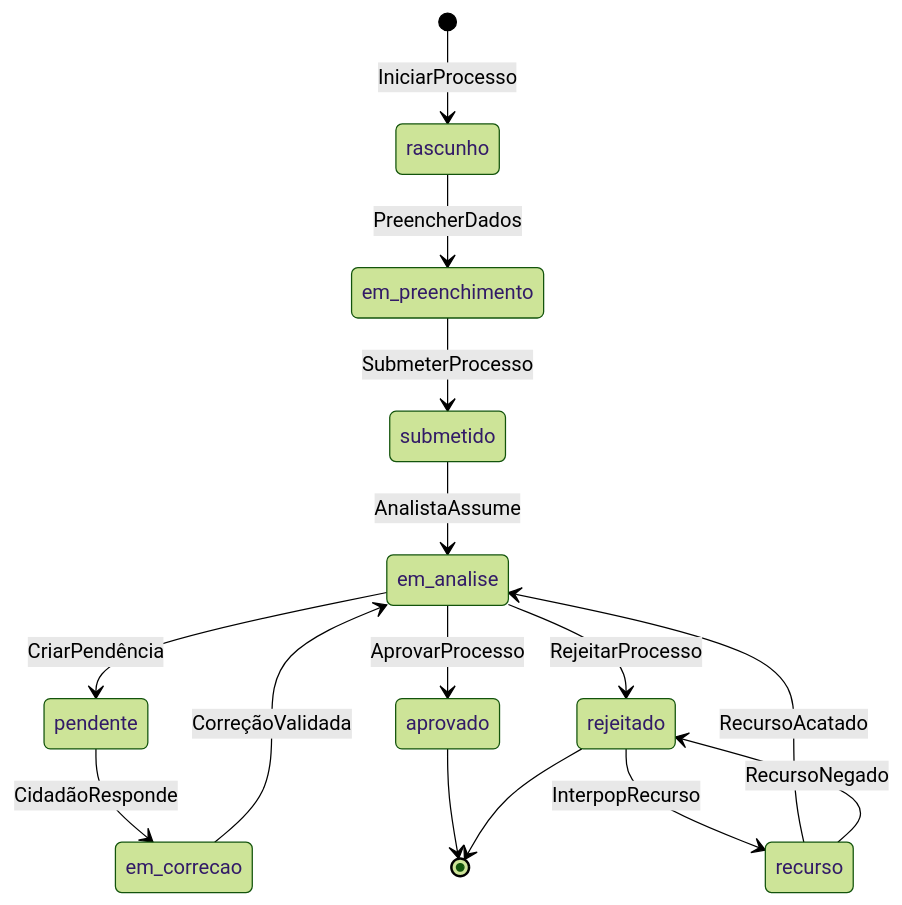
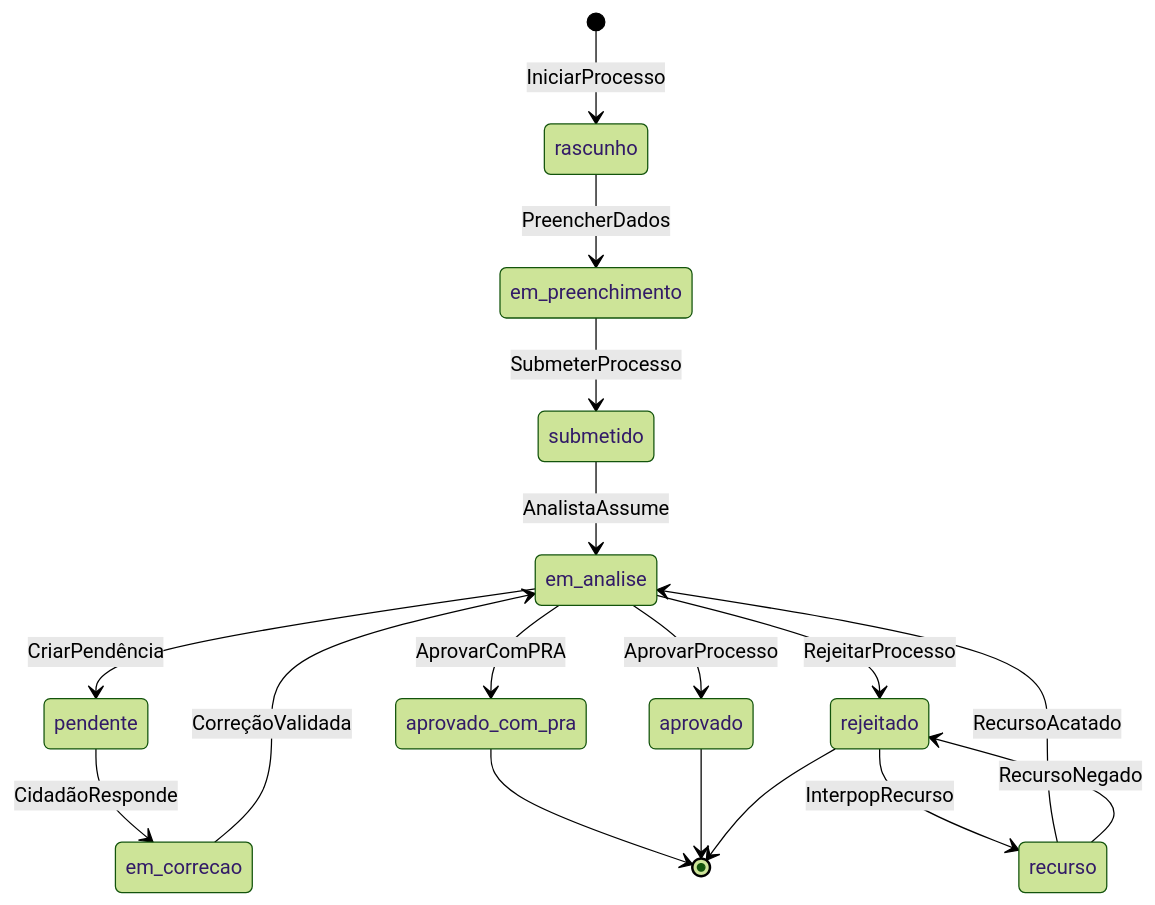
Before and after one commit to gresas/carla-cadastro-rural: the diagram in website/docs/dominio/event-storming.md, drawn with Mermaid (forest theme). The commit also changed other lines of this file and 15 other files, not shown here.

````diff
--- a/website/docs/dominio/event-storming.md
+++ b/website/docs/dominio/event-storming.md
@@ -43,17 +44,19 @@
 ```mermaid
 stateDiagram-v2
     [*] --> rascunho: IniciarProcesso
     rascunho --> em_preenchimento: PreencherDados
     em_preenchimento --> submetido: SubmeterProcesso
     submetido --> em_analise: AnalistaAssume
     em_analise --> pendente: CriarPendência
     pendente --> em_correcao: CidadãoResponde
     em_correcao --> em_analise: CorreçãoValidada
     em_analise --> aprovado: AprovarProcesso
+    em_analise --> aprovado_com_pra: AprovarComPRA
+    aprovado_com_pra --> [*]
     em_analise --> rejeitado: RejeitarProcesso
     rejeitado --> recurso: InterpорRecurso
     recurso --> em_analise: RecursoAcatado
     recurso --> rejeitado: RecursoNegado
     aprovado --> [*]
     rejeitado --> [*]
 ```
````
